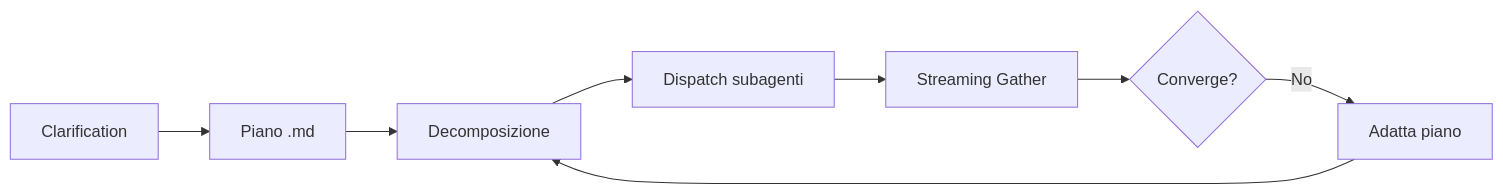
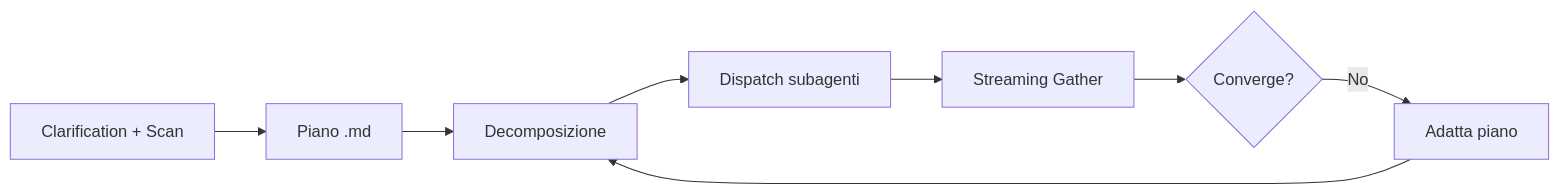
One commit to ffazecaldy/Prometheus-Engine changed the diagram in obsidian-vault/Fase 0.5 - Plan Integration.md. Above: the diagram before and after it, drawn with Mermaid. The commit also changed other lines of this file and 11 other files, not shown here.

````diff
--- a/obsidian-vault/Fase 0.5 - Plan Integration.md
+++ b/obsidian-vault/Fase 0.5 - Plan Integration.md
@@ -43,10 +52,10 @@
 ```mermaid
 graph LR
-    A[Clarification] --> B[Piano .md]
+    A[Clarification + Scan] --> B[Piano .md]
     B --> C[Decomposizione]
     C --> D[Dispatch subagenti]
     D --> E[Streaming Gather]
     E --> F{Converge?}
     F -->|No| G[Adatta piano]
     G --> C
 ```
````
